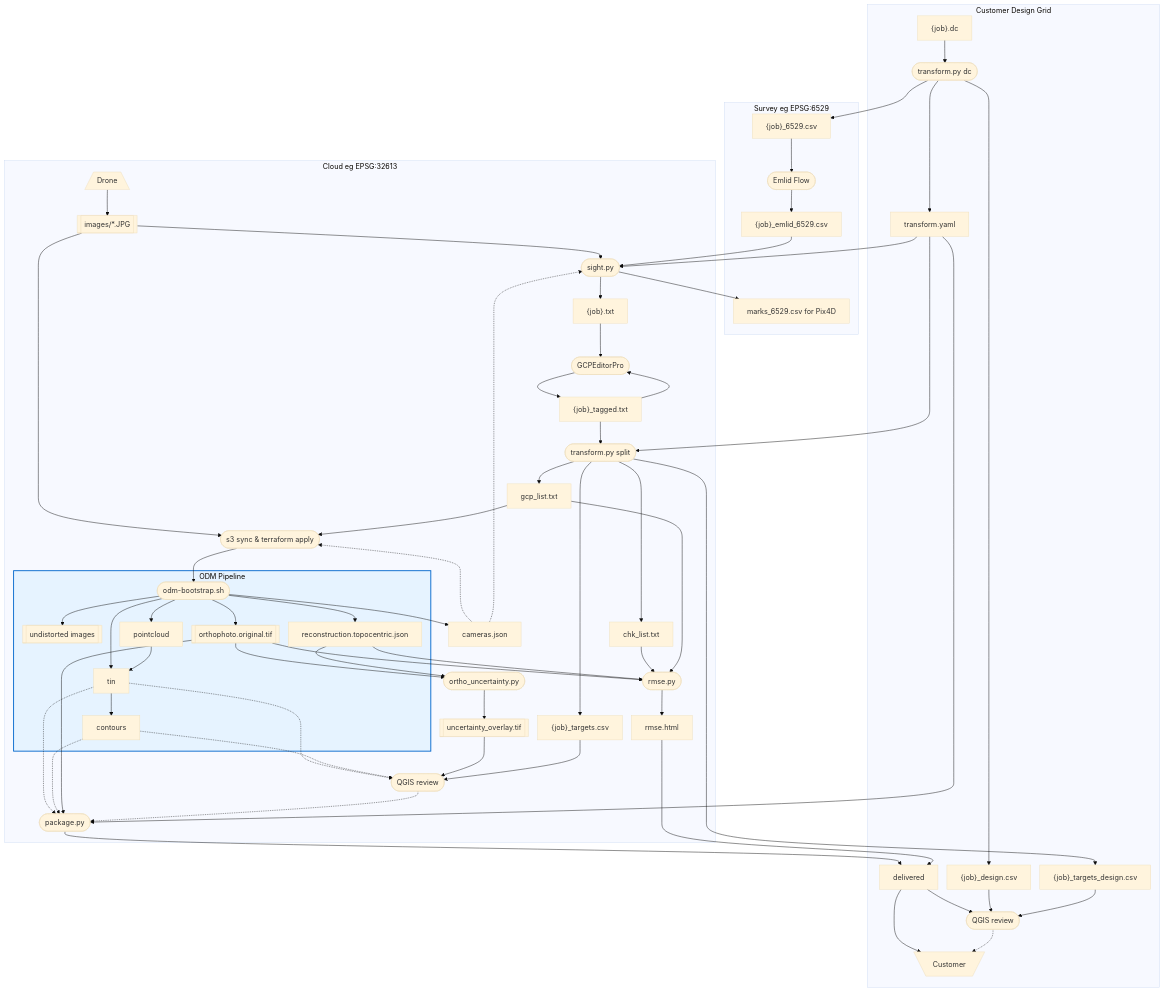
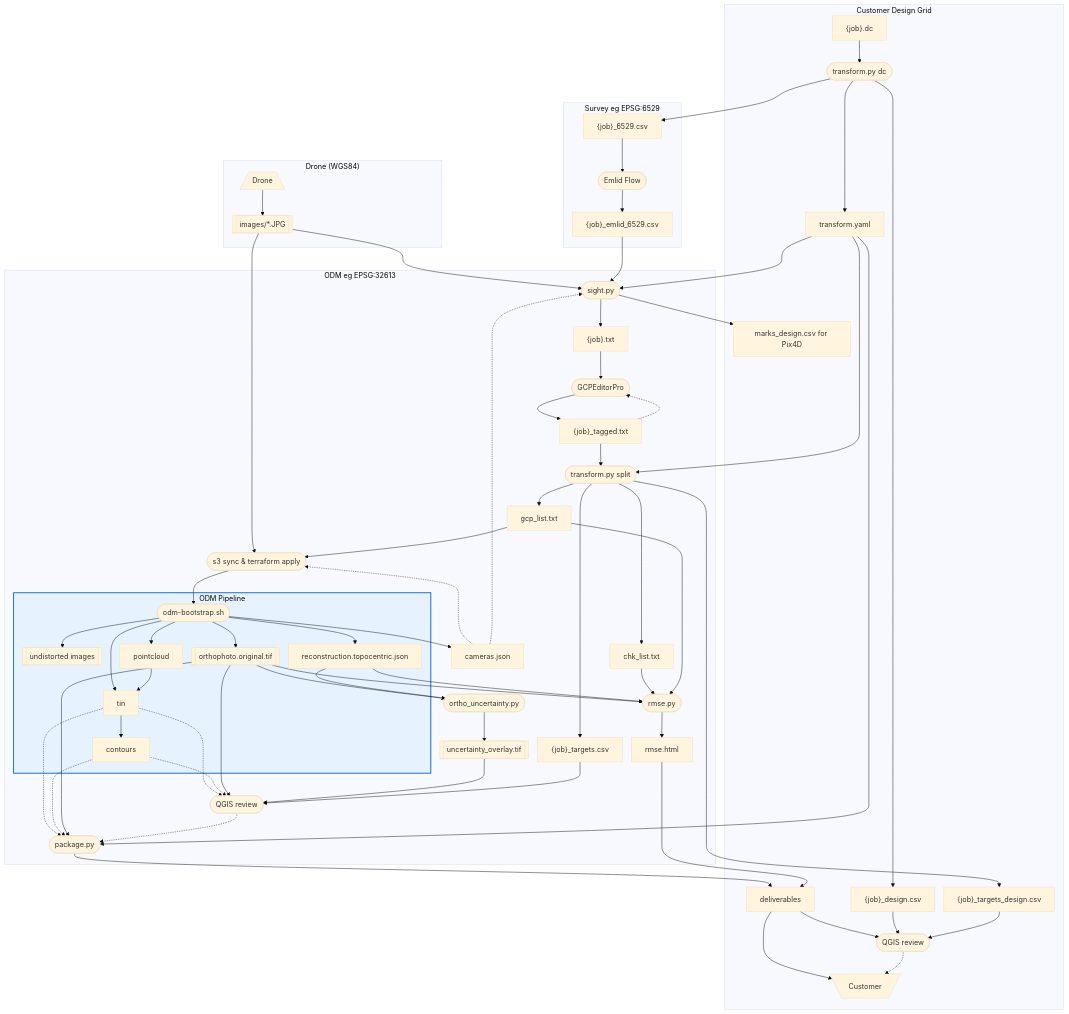
Before and after one commit to jrstear/geo: the diagram in docs/odm-workflow.md, drawn with Mermaid. The commit also changed other lines of this file, not shown here.

```diff
--- a/docs/odm-workflow.md
+++ b/docs/odm-workflow.md
@@ -18,7 +18,7 @@
     all["{job}_emlid_6529.csv"]
     cameras["cameras.json"]
     sight(["sight.py"])
-    marks["marks_6529.csv for Pix4D"]
+    marks["marks_design.csv for Pix4D"]
     pretag["{job}.txt"]
     gcpeditor(["GCPEditorPro"])
     tagged["{job}_tagged.txt"]
@@ -49,9 +49,10 @@
     subgraph "Customer Design Grid"
         cust_dc
         extract
+        marks
         points_design
         targets_design
-        delivered
+        deliverables
         qgis_design
         customer
         transform_yaml
@@ -60,13 +61,15 @@
     subgraph "Survey eg EPSG:6529"
         points_6529
         emlid
-        marks
         all
     end
 
-    subgraph "Cloud eg EPSG:32613"
+    subgraph "Drone (WGS84)"
         drone
         images
+    end
+
+    subgraph "ODM eg EPSG:32613"
         pretag
         sight
         gcpeditor
@@ -75,17 +78,17 @@
         gcp_list
         chk_list
         targets
-	launch_odm
-	subgraph ODM ["ODM Pipeline"]
+        launch_odm
+        subgraph ODM ["ODM Pipeline"]
             odm
             orthophoto
             pointcloud
             tin
             contours
             model
-	    undistorted
-	end
-	style ODM fill:#e6f3ff,stroke:#0066cc,stroke-width:2px
+            undistorted
+        end
+        style ODM fill:#e6f3ff,stroke:#0066cc,stroke-width:2px
         cameras
         rmse
         uncertainty
@@ -110,7 +113,7 @@
     pretag --> gcpeditor
     gcpeditor --> tagged
     tagged --> split
-    tagged --> gcpeditor
+    tagged -.-> gcpeditor
     transform_yaml --> split
     transform_yaml --> sight
     split --> gcp_list
@@ -131,6 +134,7 @@
     tin -.-> packager
     contours -.-> qgis_cloud
     contours -.-> packager
+    orthophoto --> qgis_cloud
     orthophoto --> rmse
     chk_list --> rmse
     gcp_list --> rmse
@@ -143,10 +147,10 @@
     pointcloud --> tin --> contours
     uncertainty_tif --> qgis_cloud
     transform_yaml --> packager
-    packager --> delivered
-    report --> delivered
-    delivered --> customer
-    delivered --> qgis_design
+    packager --> deliverables
+    report --> deliverables
+    deliverables --> customer
+    deliverables --> qgis_design
     points_design --> qgis_design
     targets_design --> qgis_design
     targets --> qgis_cloud
```
